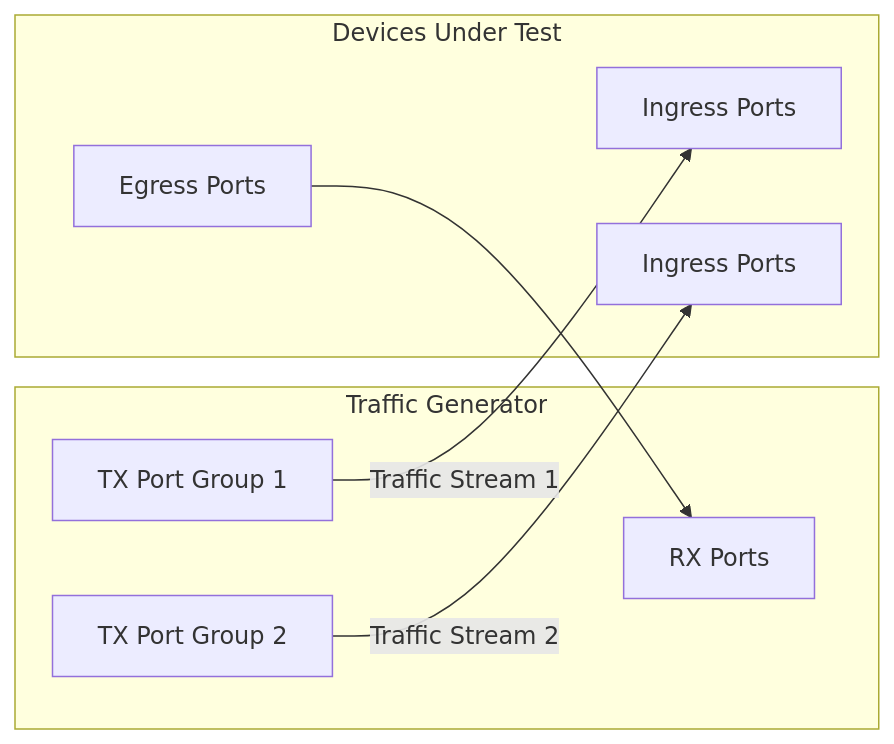
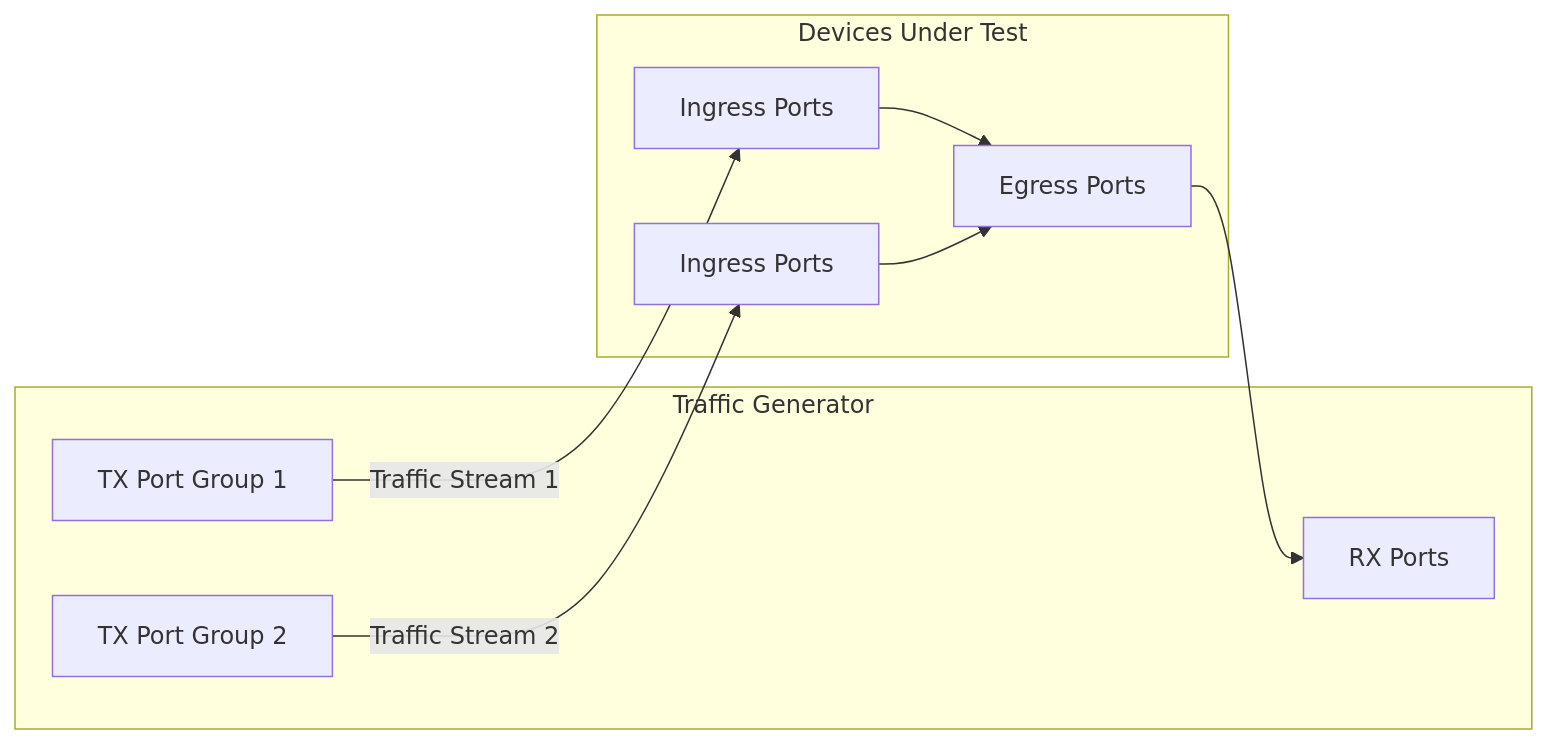
Before and after one commit to sonic-net/sonic-mgmt: the diagram in docs/testplan/snappi/switch-ecn-marking-tests.md, drawn with Mermaid. The commit also changed 2 other files, not shown here.

Commit message:
[docs/testplan/snappi]: Connect ingress and egress ports in ECN test plan diagrams
Draw the traffic path from the ingress ports to the egress ports in
the mermaid graphs, so the diagrams show the complete traffic flow.

````diff
--- a/docs/testplan/snappi/switch-ecn-marking-tests.md
+++ b/docs/testplan/snappi/switch-ecn-marking-tests.md
@@ -28,18 +28,20 @@
 ```mermaid
 graph LR
     subgraph "Traffic Generator"
         TX1[TX Port Group 1]
         TX2[TX Port Group 2]
         RX[RX Ports]
     end
 
     subgraph "Devices Under Test"
         ITX1[Ingress Ports]
         ITX2[Ingress Ports]
         ERX[Egress Ports]
     end
 
     TX1 -->|Traffic Stream 1| ITX1
     TX2 -->|Traffic Stream 2| ITX2
+    ITX1 --> ERX
+    ITX2 --> ERX
     ERX --> RX
 ```
````
